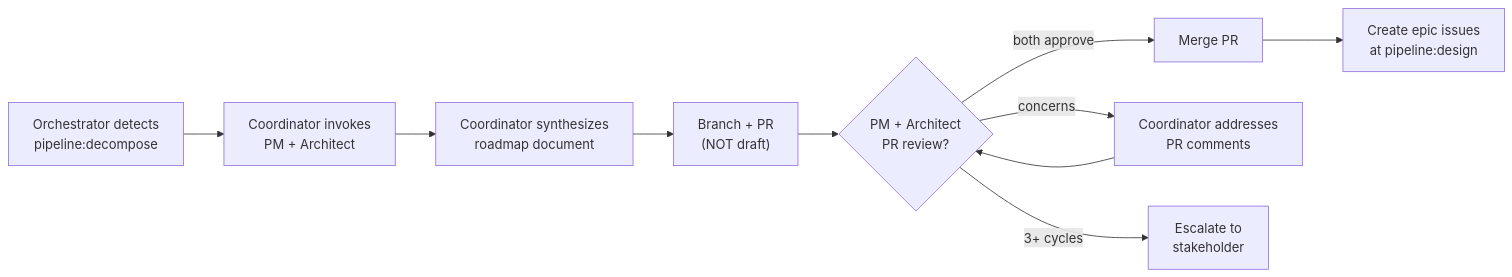
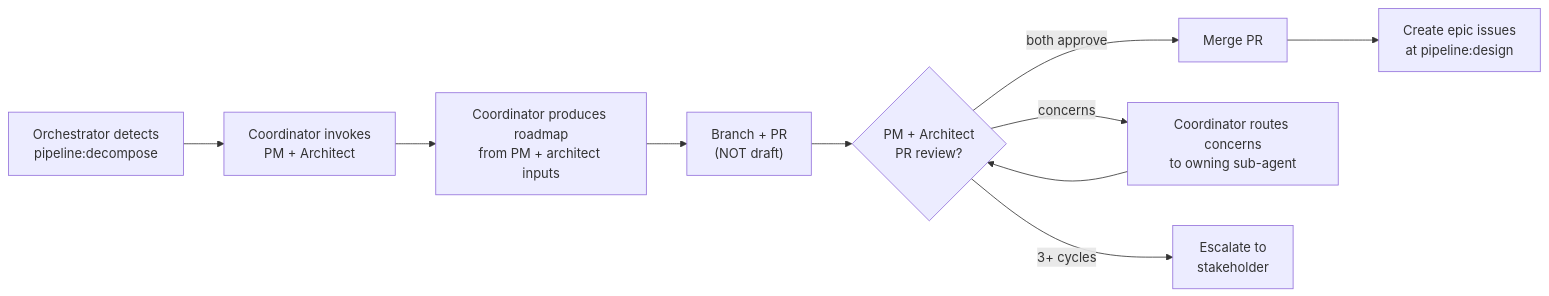
Before and after one commit to themachinagod/andgasm-claude-orchestration-project: the seventh of 12 diagrams in docs/research/pipeline-redesign-v2.md, drawn with Mermaid. The commit also changed other lines of this file, not shown here.

First line of the commit message:
docs: align pipeline-redesign-v2 with coordinator-as-process-manager

````diff
--- a/docs/research/pipeline-redesign-v2.md
+++ b/docs/research/pipeline-redesign-v2.md
@@ -445,17 +448,17 @@
 ```mermaid
 flowchart LR
     DETECT["Orchestrator detects<br/>pipeline:decompose"]
     COORD["Coordinator invokes<br/>PM + Architect"]
-    SYNTH["Coordinator synthesizes<br/>roadmap document"]
+    SYNTH["Coordinator produces roadmap<br/>from PM + architect inputs"]
     PR["Branch + PR<br/>(NOT draft)"]
     PRREVIEW{"PM + Architect<br/>PR review?"}
     MERGE["Merge PR"]
     EPICS["Create epic issues<br/>at pipeline:design"]
-    REVISE["Coordinator addresses<br/>PR comments"]
+    REVISE["Coordinator routes concerns<br/>to owning sub-agent"]
     ESCALATE["Escalate to<br/>stakeholder"]
 
     DETECT --> COORD --> SYNTH --> PR --> PRREVIEW
     PRREVIEW -->|"both approve"| MERGE --> EPICS
     PRREVIEW -->|"concerns"| REVISE --> PRREVIEW
     PRREVIEW -->|"3+ cycles"| ESCALATE
 ```
````
